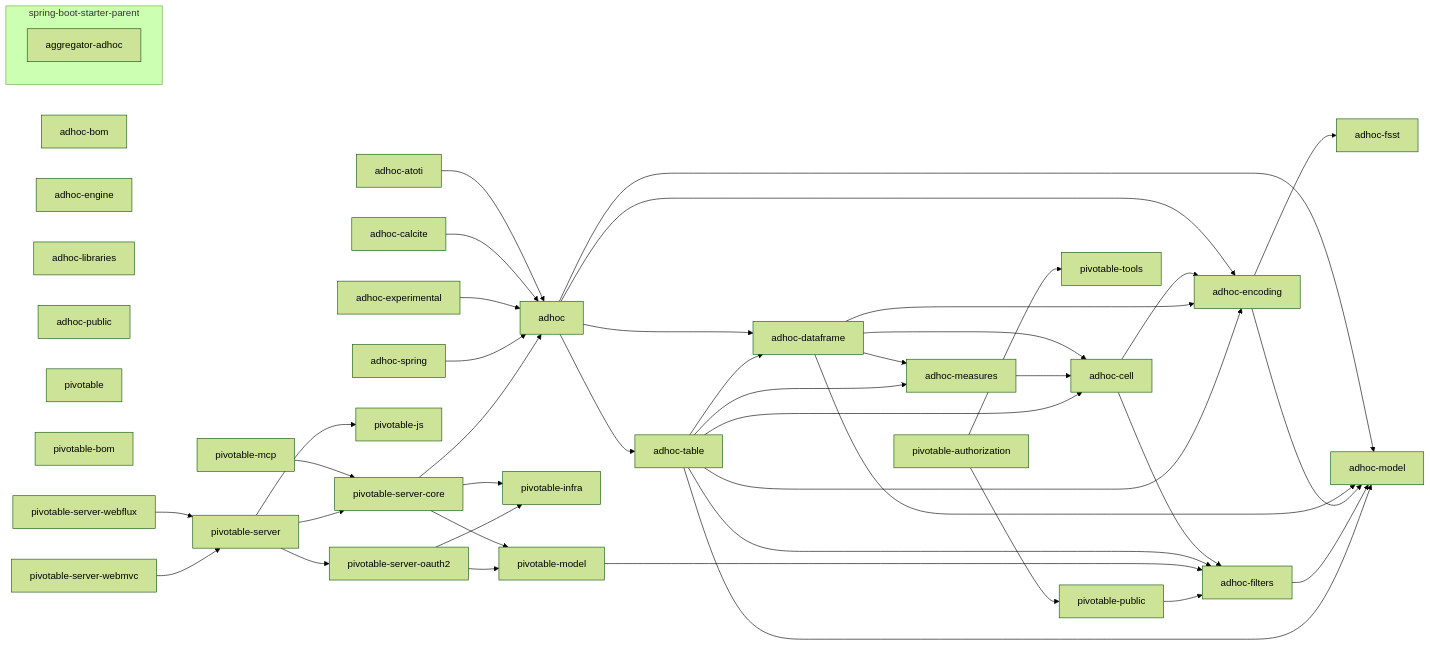
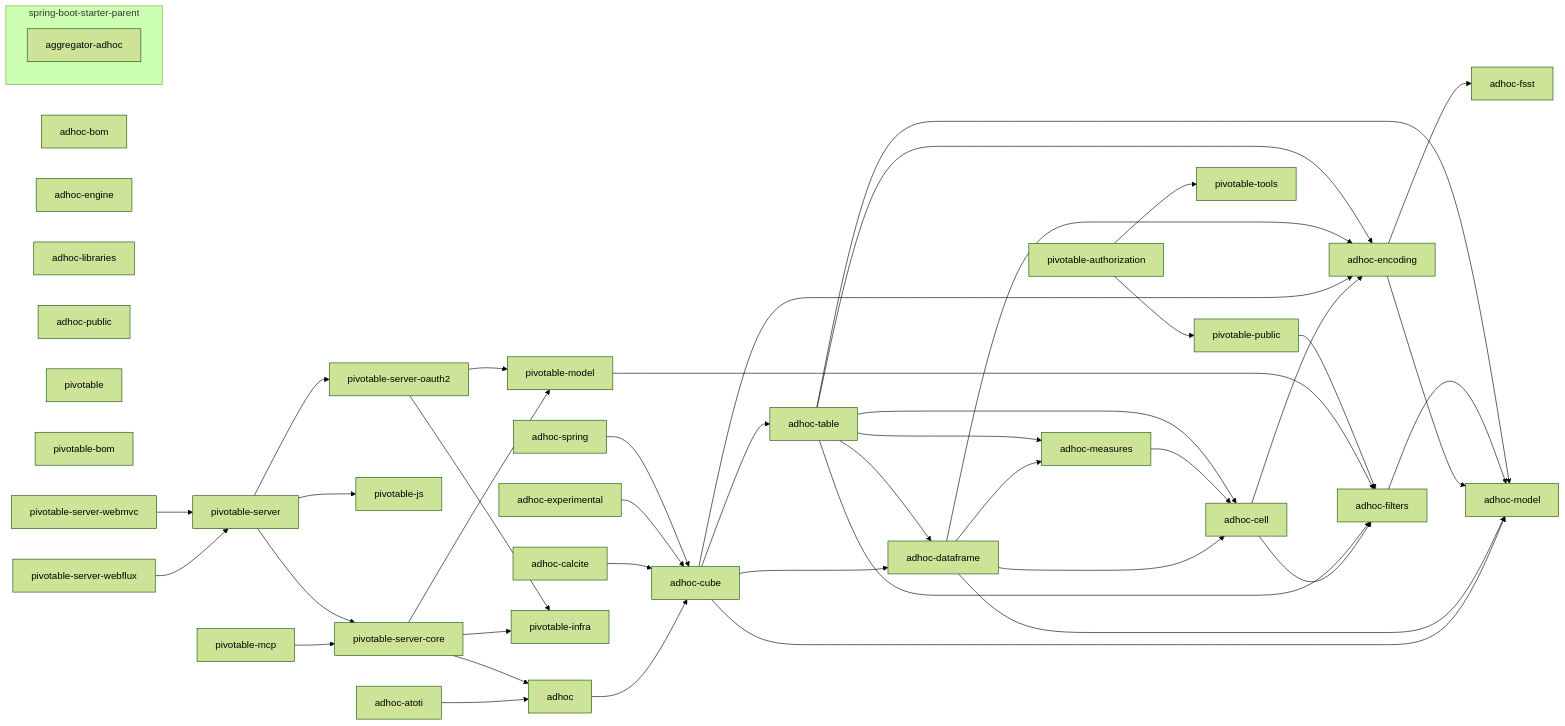
The diagram in docs/DEPENDENCIES.mmd (solven-eu/adhoc), drawn with Mermaid (forest theme) before and after one commit. The commit also changed 250 other files, not shown here.

First line of the commit message:
Introduce adhoc-cube module (#802)

```diff
--- a/docs/DEPENDENCIES.mmd
+++ b/docs/DEPENDENCIES.mmd
@@ -1,76 +1,78 @@
 flowchart LR
     adhoc["adhoc"]
     adhoc_atoti["adhoc-atoti"]
     adhoc_bom["adhoc-bom"]
     adhoc_calcite["adhoc-calcite"]
     adhoc_cell["adhoc-cell"]
+    adhoc_cube["adhoc-cube"]
     adhoc_dataframe["adhoc-dataframe"]
     adhoc_encoding["adhoc-encoding"]
     adhoc_engine["adhoc-engine"]
     adhoc_experimental["adhoc-experimental"]
     adhoc_filters["adhoc-filters"]
     adhoc_fsst["adhoc-fsst"]
     adhoc_libraries["adhoc-libraries"]
     adhoc_measures["adhoc-measures"]
     adhoc_model["adhoc-model"]
     adhoc_public["adhoc-public"]
     adhoc_spring["adhoc-spring"]
     adhoc_table["adhoc-table"]
     pivotable["pivotable"]
     pivotable_authorization["pivotable-authorization"]
     pivotable_bom["pivotable-bom"]
     pivotable_infra["pivotable-infra"]
     pivotable_js["pivotable-js"]
     pivotable_mcp["pivotable-mcp"]
     pivotable_model["pivotable-model"]
     pivotable_public["pivotable-public"]
     pivotable_server["pivotable-server"]
     pivotable_server_core["pivotable-server-core"]
     pivotable_server_oauth2["pivotable-server-oauth2"]
     pivotable_server_webflux["pivotable-server-webflux"]
     pivotable_server_webmvc["pivotable-server-webmvc"]
     pivotable_tools["pivotable-tools"]
 
     subgraph spring-boot-starter-parent
         aggregator_adhoc["aggregator-adhoc"]
     end
 
-    adhoc --> adhoc_dataframe
-    adhoc --> adhoc_encoding
-    adhoc --> adhoc_model
-    adhoc --> adhoc_table
+    adhoc --> adhoc_cube
     adhoc_atoti --> adhoc
-    adhoc_calcite --> adhoc
+    adhoc_calcite --> adhoc_cube
     adhoc_cell --> adhoc_encoding
     adhoc_cell --> adhoc_filters
+    adhoc_cube --> adhoc_dataframe
+    adhoc_cube --> adhoc_encoding
+    adhoc_cube --> adhoc_model
+    adhoc_cube --> adhoc_table
     adhoc_dataframe --> adhoc_cell
     adhoc_dataframe --> adhoc_encoding
     adhoc_dataframe --> adhoc_measures
     adhoc_dataframe --> adhoc_model
     adhoc_encoding --> adhoc_fsst
     adhoc_encoding --> adhoc_model
-    adhoc_experimental --> adhoc
+    adhoc_experimental --> adhoc_cube
     adhoc_filters --> adhoc_model
     adhoc_measures --> adhoc_cell
-    adhoc_spring --> adhoc
+    adhoc_spring --> adhoc_cube
     adhoc_table --> adhoc_cell
     adhoc_table --> adhoc_dataframe
     adhoc_table --> adhoc_encoding
     adhoc_table --> adhoc_filters
     adhoc_table --> adhoc_measures
     adhoc_table --> adhoc_model
     pivotable_authorization --> pivotable_public
     pivotable_authorization --> pivotable_tools
     pivotable_mcp --> pivotable_server_core
     pivotable_model --> adhoc_filters
     pivotable_public --> adhoc_filters
     pivotable_server --> pivotable_js
     pivotable_server --> pivotable_server_core
     pivotable_server --> pivotable_server_oauth2
     pivotable_server_core --> adhoc
     pivotable_server_core --> pivotable_infra
     pivotable_server_core --> pivotable_model
     pivotable_server_oauth2 --> pivotable_infra
     pivotable_server_oauth2 --> pivotable_model
     pivotable_server_webflux --> pivotable_server
     pivotable_server_webmvc --> pivotable_server
```
